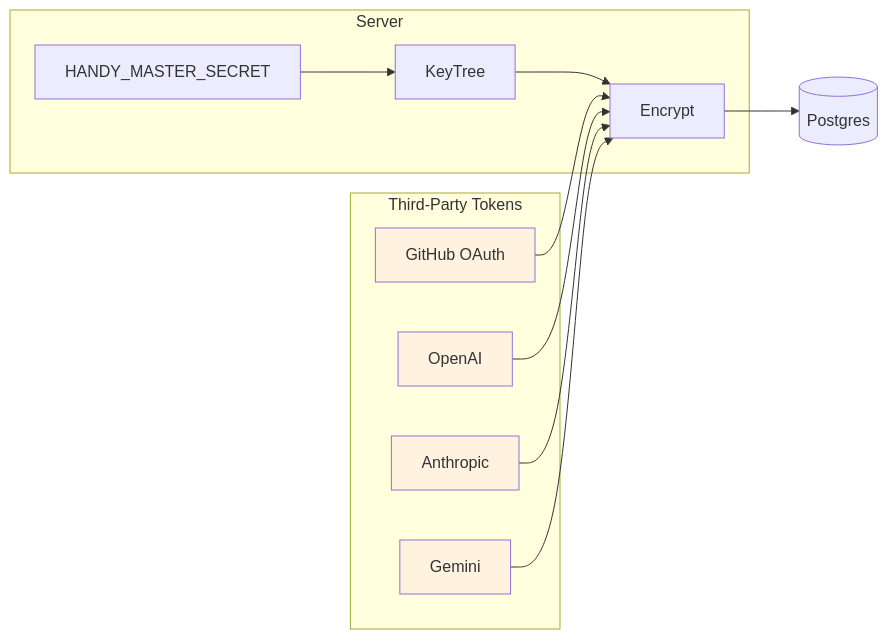
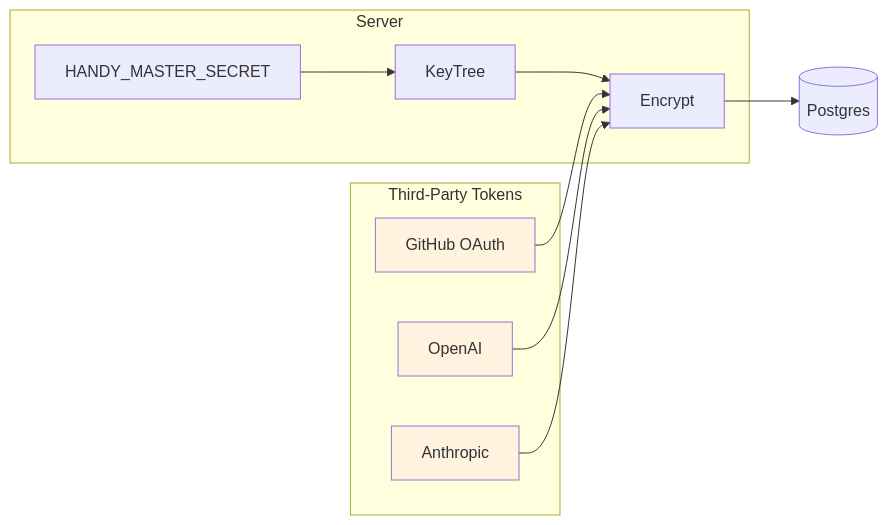
One commit to Piiiiiger/piggercode changed diagram 11 of 12 in docs/encryption.md. Above: the diagram before and after it, drawn with Mermaid. The commit also changed 2461 other files, not shown here.

````diff
--- a/docs/encryption.md
+++ b/docs/encryption.md
@@ -580,25 +580,23 @@
 ```mermaid
 graph LR
     subgraph "Third-Party Tokens"
         GH[GitHub OAuth]
         OAI[OpenAI]
         ANT[Anthropic]
-        GEM[Gemini]
     end
 
     subgraph "Server"
         Secret[HANDY_MASTER_SECRET]
         KeyTree[KeyTree]
         Encrypt[Encrypt]
     end
 
     DB[(Postgres)]
 
     Secret --> KeyTree --> Encrypt
-    GH & OAI & ANT & GEM --> Encrypt --> DB
+    GH & OAI & ANT --> Encrypt --> DB
 
     style GH fill:#fff3e0
     style OAI fill:#fff3e0
     style ANT fill:#fff3e0
-    style GEM fill:#fff3e0
 ```
````
